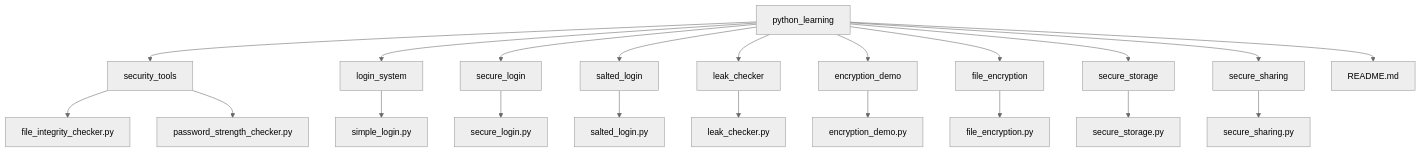
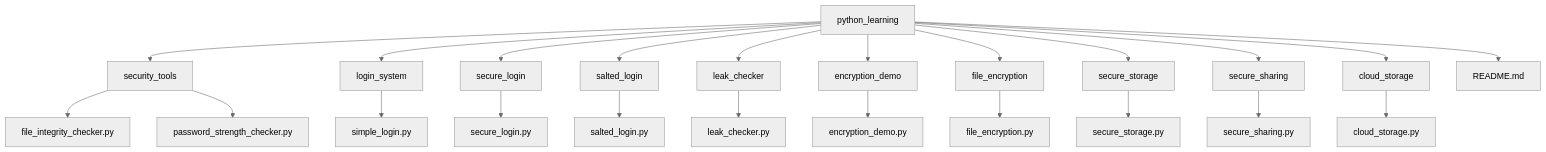
The diagram in README.md (Hawkins30/python_learning), drawn with Mermaid (neutral theme) before and after one commit. The commit also changed other lines of this file, not shown here.

Commit message:
Updated README with Project 11: Secure Cloud Storage & Key Management, tables, and diagram

````diff
--- a/README.md
+++ b/README.md
@@ -217,24 +233,26 @@
 ```mermaid
 graph TD
 A[python_learning] --> B[security_tools]
 A --> C[login_system]
 A --> D[secure_login]
 A --> E[salted_login]
 A --> F[leak_checker]
 A --> H[encryption_demo]
 A --> I[file_encryption]
 A --> J[secure_storage]
 A --> K[secure_sharing]
+A --> L[cloud_storage]
 A --> G[README.md]
 
 B --> B1[file_integrity_checker.py]
 B --> B2[password_strength_checker.py]
 C --> C1[simple_login.py]
 D --> D1[secure_login.py]
 E --> E1[salted_login.py]
 F --> F1[leak_checker.py]
 H --> H1[encryption_demo.py]
 I --> I1[file_encryption.py]
 J --> J1[secure_storage.py]
 K --> K1[secure_sharing.py]
+L --> L1[cloud_storage.py]
 ```
````
